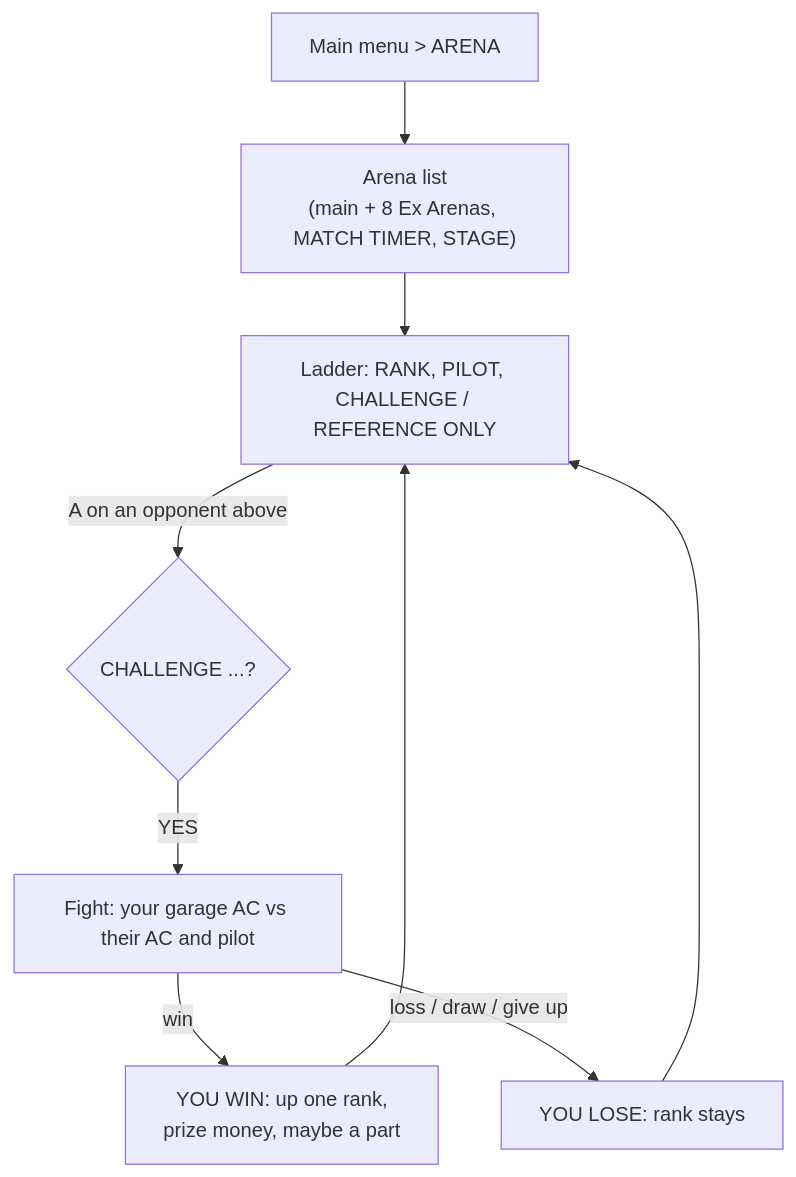
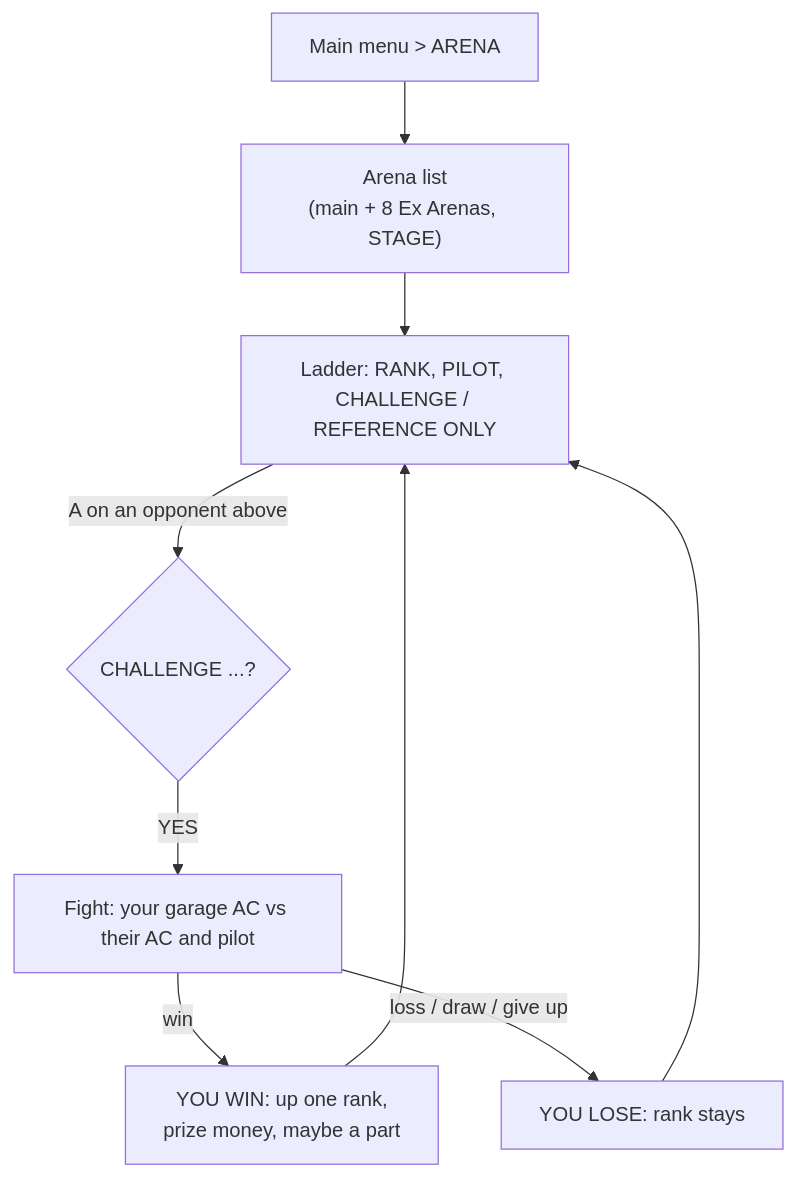
One commit to Hatdagger/Armored-CoreR changed the diagram in docs/ARENA.md. Above: the diagram before and after it, drawn with Mermaid. The commit also changed other lines of this file and 14 other files, not shown here.

First line of the commit message:
Arena stages: the stages' own out-of-area boxes, no Arena timer

````diff
--- a/docs/ARENA.md
+++ b/docs/ARENA.md
@@ -16,11 +16,11 @@
 ```mermaid
 flowchart TD
-    M["Main menu > ARENA"] --> L["Arena list<br/>(main + 8 Ex Arenas, MATCH TIMER, STAGE)"]
+    M["Main menu > ARENA"] --> L["Arena list<br/>(main + 8 Ex Arenas, STAGE)"]
     L --> R["Ladder: RANK, PILOT, CHALLENGE / REFERENCE ONLY"]
     R -- "A on an opponent above" --> Q{"CHALLENGE ...?"}
     Q -- YES --> F["Fight: your garage AC vs their AC and pilot"]
     F -- win --> W["YOU WIN: up one rank,<br/>prize money, maybe a part"]
     F -- "loss / draw / give up" --> X["YOU LOSE: rank stays"]
     W --> R
     X --> R
 ```
````
